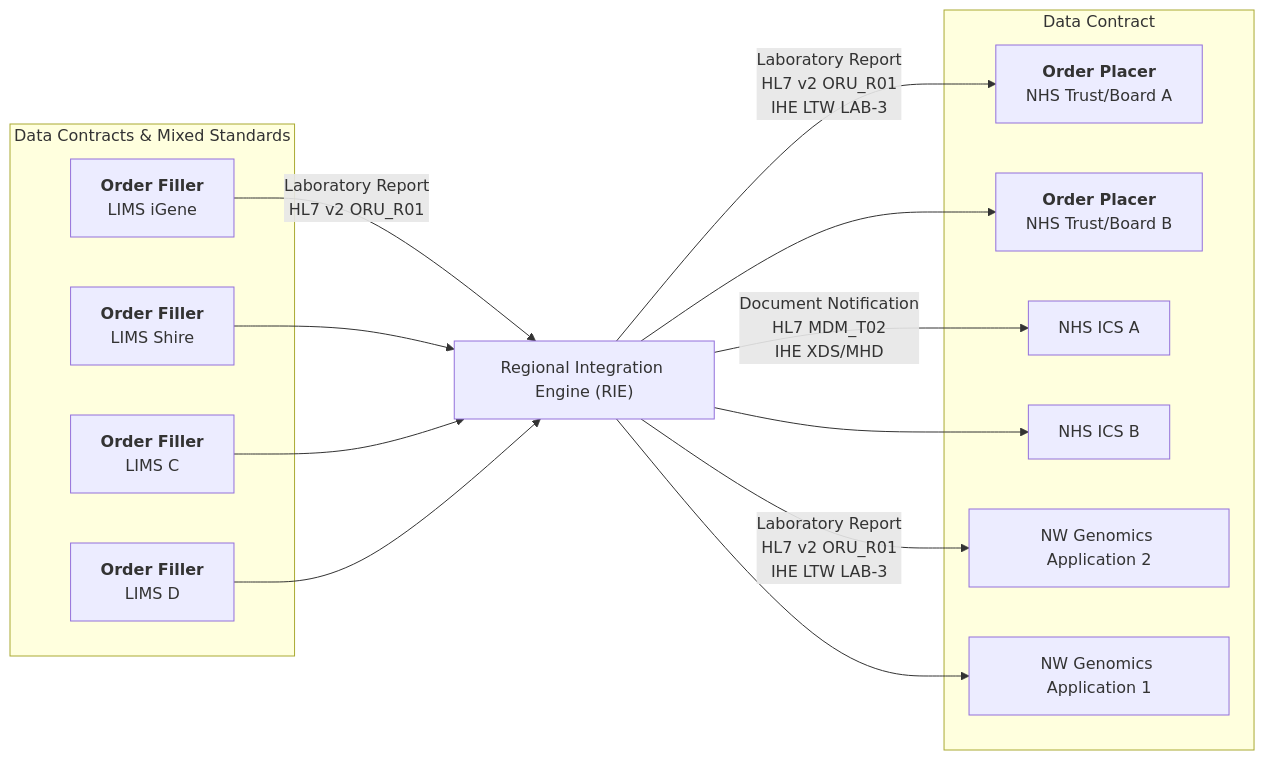
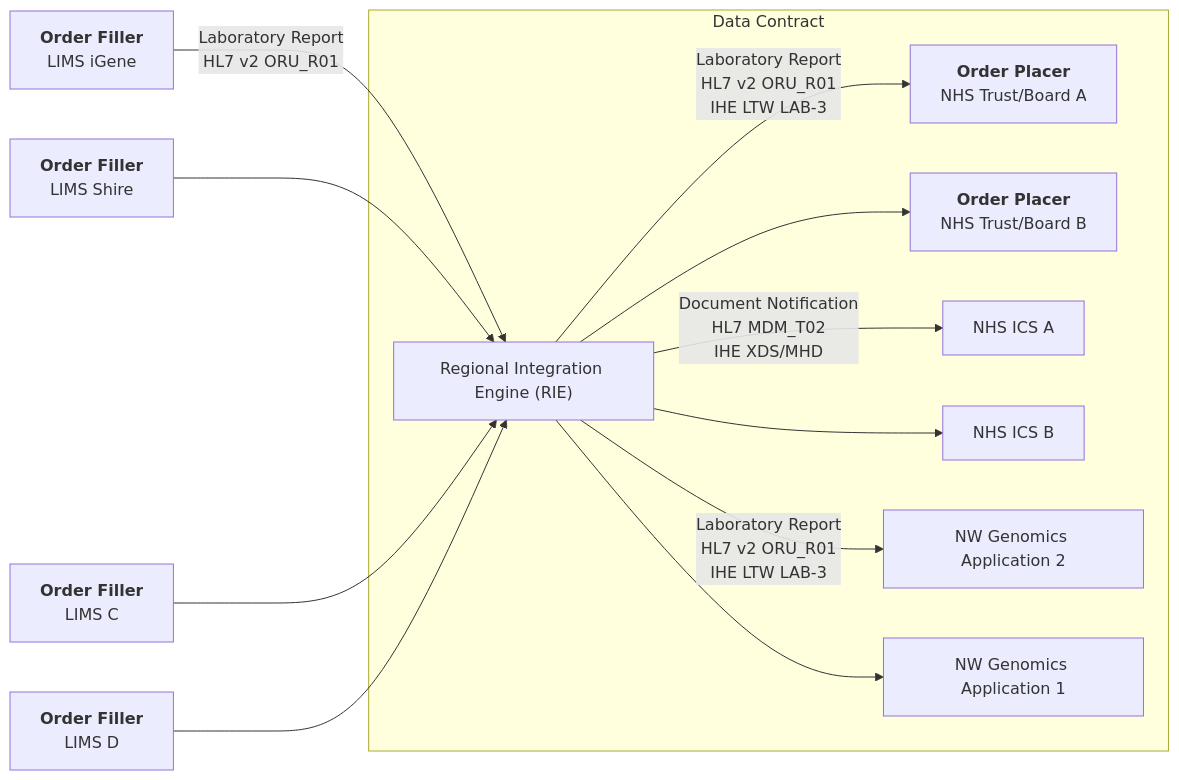
The fourth of 6 diagrams in input/pagecontent/index.md (uk-gov-mirror/nw-gmsa.nw-gmsa.github.com), drawn with Mermaid before and after one commit. The commit also changed other lines of this file, not shown here.

````diff
--- a/input/pagecontent/index.md
+++ b/input/pagecontent/index.md
@@ -72,28 +72,29 @@
 ```mermaid
 graph LR
-    subgraph Multiple[Data Contracts & Mixed Standards]
-        LIMSA[<b>Order Filler</b><br>LIMS iGene]
-        LIMSB[<b>Order Filler</b><br>LIMS Shire]
-        LIMSC[<b>Order Filler</b><br>LIMS C]
-        LIMSD[<b>Order Filler</b><br>LIMS D]
-    end
+    
+    LIMSA[<b>Order Filler</b><br>LIMS iGene]
+    LIMSB[<b>Order Filler</b><br>LIMS Shire]
+    LIMSC[<b>Order Filler</b><br>LIMS C]
+    LIMSD[<b>Order Filler</b><br>LIMS D]
+   
     LIMSA --> |Laboratory Report<br/>HL7 v2 ORU_R01| RIE
     LIMSB --> RIE
     LIMSC --> RIE
     LIMSD --> RIE
     RIE["Regional Integration Engine (RIE)"] --> |Laboratory Report<br/>HL7 v2 ORU_R01<br/>IHE LTW LAB-3| NHSA
     RIE --> NHSB
     RIE --> |Document Notification<br/>HL7 MDM_T02<br/>IHE XDS/MHD| ICSA
     RIE --> ICSB
     RIE --> |Laboratory Report<br/>HL7 v2 ORU_R01<br/>IHE LTW LAB-3| APPB
     RIE --> APPA
 
     subgraph DataContracts[Data Contract]
+        RIE["Regional Integration Engine (RIE)"]
         NHSA[<b>Order Placer</b><br/>NHS Trust/Board A]
         NHSB[<b>Order Placer</b><br/>NHS Trust/Board B] 
         ICSA[NHS ICS A]
         ICSB[NHS ICS B]
         APPA[NW Genomics Application 1]
         APPB[NW Genomics Application 2]
     end 
 ```
````
